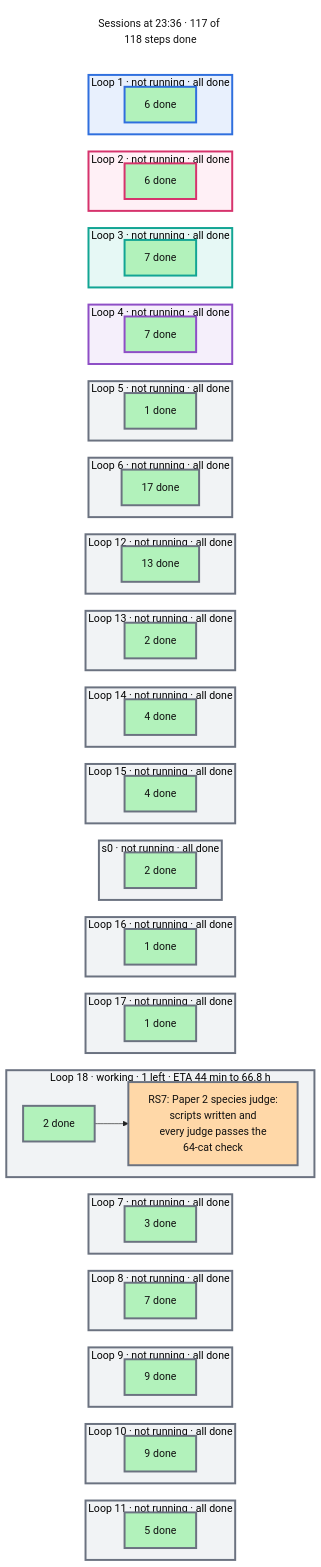
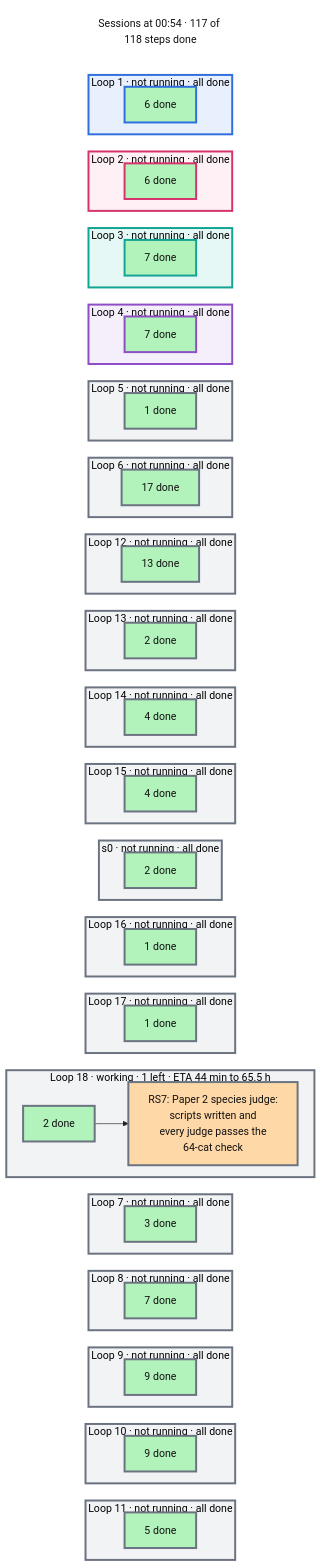
The diagram in artifacts/notes/progress/sessions.mmd (mo-rsa24/concept-composition), drawn with Mermaid before and after one commit. The commit also changed 9 other files, not shown here.

```diff
--- a/artifacts/notes/progress/sessions.mmd
+++ b/artifacts/notes/progress/sessions.mmd
@@ -1,124 +1,124 @@
 %%{init: {'theme': 'base', 'themeVariables': {'fontFamily': 'monospace', 'primaryColor': '#ffffff', 'primaryBorderColor': '#222222', 'primaryTextColor': '#111111', 'lineColor': '#222222'}, 'flowchart': {'nodeSpacing': 16, 'rankSpacing': 26}}}%%
 flowchart TB
   classDef done fill:#b2f2bb,color:#111111
   classDef doing fill:#ffd8a8,color:#111111
   classDef todo fill:#e9ecef,color:#111111
   classDef note fill:#ffffff,stroke:#c92a2a,stroke-dasharray:5 5,color:#c92a2a
-  now["Sessions at 23:36 · 117 of 118 steps done"]
+  now["Sessions at 00:54 · 117 of 118 steps done"]
   style now fill:#ffffff,stroke:#ffffff,color:#111111
   subgraph L0["Loop 1 · not running · all done"]
     direction LR
     d0["6 done"]:::done
   end
   subgraph L1["Loop 2 · not running · all done"]
     direction LR
     d1["6 done"]:::done
   end
   subgraph L2["Loop 3 · not running · all done"]
     direction LR
     d2["7 done"]:::done
   end
   subgraph L3["Loop 4 · not running · all done"]
     direction LR
     d3["7 done"]:::done
   end
   subgraph L4["Loop 5 · not running · all done"]
     direction LR
     d4["1 done"]:::done
   end
   subgraph L5["Loop 6 · not running · all done"]
     direction LR
     d5["17 done"]:::done
   end
   subgraph L6["Loop 12 · not running · all done"]
     direction LR
     d6["13 done"]:::done
   end
   subgraph L7["Loop 13 · not running · all done"]
     direction LR
     d7["2 done"]:::done
   end
   subgraph L8["Loop 14 · not running · all done"]
     direction LR
     d8["4 done"]:::done
   end
   subgraph L9["Loop 15 · not running · all done"]
     direction LR
     d9["4 done"]:::done
   end
   subgraph L10["s0 · not running · all done"]
     direction LR
     d10["2 done"]:::done
   end
   subgraph L11["Loop 16 · not running · all done"]
     direction LR
     d11["1 done"]:::done
   end
   subgraph L12["Loop 17 · not running · all done"]
     direction LR
     d12["1 done"]:::done
   end
-  subgraph L13["Loop 18 · working · 1 left · ETA 44 min to 66.8 h"]
+  subgraph L13["Loop 18 · working · 1 left · ETA 44 min to 65.5 h"]
     direction LR
     d13["2 done"]:::done --> n_RS7["RS7: Paper 2 species judge:<br/>scripts written and<br/>every judge passes the<br/>64-cat check"]:::doing
   end
   subgraph L14["Loop 7 · not running · all done"]
     direction LR
     d14["3 done"]:::done
   end
   subgraph L15["Loop 8 · not running · all done"]
     direction LR
     d15["7 done"]:::done
   end
   subgraph L16["Loop 9 · not running · all done"]
     direction LR
     d16["9 done"]:::done
   end
   subgraph L17["Loop 10 · not running · all done"]
     direction LR
     d17["9 done"]:::done
   end
   subgraph L18["Loop 11 · not running · all done"]
     direction LR
     d18["5 done"]:::done
   end
   now ~~~ L0 ~~~ L1 ~~~ L2 ~~~ L3 ~~~ L4 ~~~ L5 ~~~ L6 ~~~ L7 ~~~ L8 ~~~ L9 ~~~ L10 ~~~ L11 ~~~ L12 ~~~ L13 ~~~ L14 ~~~ L15 ~~~ L16 ~~~ L17 ~~~ L18
   style L0 fill:#e8f0fd,stroke:#2f6fde,stroke-width:3px
   style d0 stroke:#2f6fde,stroke-width:3px
   style L1 fill:#fff0f6,stroke:#d6336c,stroke-width:3px
   style d1 stroke:#d6336c,stroke-width:3px
   style L2 fill:#e6f8f5,stroke:#12a594,stroke-width:3px
   style d2 stroke:#12a594,stroke-width:3px
   style L3 fill:#f5effb,stroke:#8e4ec6,stroke-width:3px
   style d3 stroke:#8e4ec6,stroke-width:3px
   style L4 fill:#f1f3f5,stroke:#6b7280,stroke-width:3px
   style d4 stroke:#6b7280,stroke-width:3px
   style L5 fill:#f1f3f5,stroke:#6b7280,stroke-width:3px
   style d5 stroke:#6b7280,stroke-width:3px
   style L6 fill:#f1f3f5,stroke:#6b7280,stroke-width:3px
   style d6 stroke:#6b7280,stroke-width:3px
   style L7 fill:#f1f3f5,stroke:#6b7280,stroke-width:3px
   style d7 stroke:#6b7280,stroke-width:3px
   style L8 fill:#f1f3f5,stroke:#6b7280,stroke-width:3px
   style d8 stroke:#6b7280,stroke-width:3px
   style L9 fill:#f1f3f5,stroke:#6b7280,stroke-width:3px
   style d9 stroke:#6b7280,stroke-width:3px
   style L10 fill:#f1f3f5,stroke:#6b7280,stroke-width:3px
   style d10 stroke:#6b7280,stroke-width:3px
   style L11 fill:#f1f3f5,stroke:#6b7280,stroke-width:3px
   style d11 stroke:#6b7280,stroke-width:3px
   style L12 fill:#f1f3f5,stroke:#6b7280,stroke-width:3px
   style d12 stroke:#6b7280,stroke-width:3px
   style L13 fill:#f1f3f5,stroke:#6b7280,stroke-width:3px
   style d13 stroke:#6b7280,stroke-width:3px
   style n_RS7 stroke:#6b7280,stroke-width:3px
   style L14 fill:#f1f3f5,stroke:#6b7280,stroke-width:3px
   style d14 stroke:#6b7280,stroke-width:3px
   style L15 fill:#f1f3f5,stroke:#6b7280,stroke-width:3px
   style d15 stroke:#6b7280,stroke-width:3px
   style L16 fill:#f1f3f5,stroke:#6b7280,stroke-width:3px
   style d16 stroke:#6b7280,stroke-width:3px
   style L17 fill:#f1f3f5,stroke:#6b7280,stroke-width:3px
   style d17 stroke:#6b7280,stroke-width:3px
   style L18 fill:#f1f3f5,stroke:#6b7280,stroke-width:3px
   style d18 stroke:#6b7280,stroke-width:3px
```
